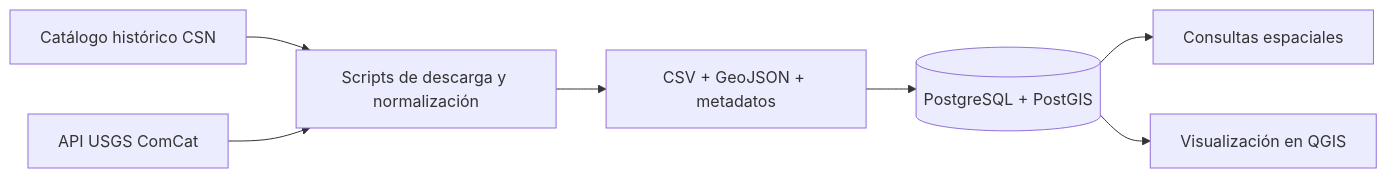
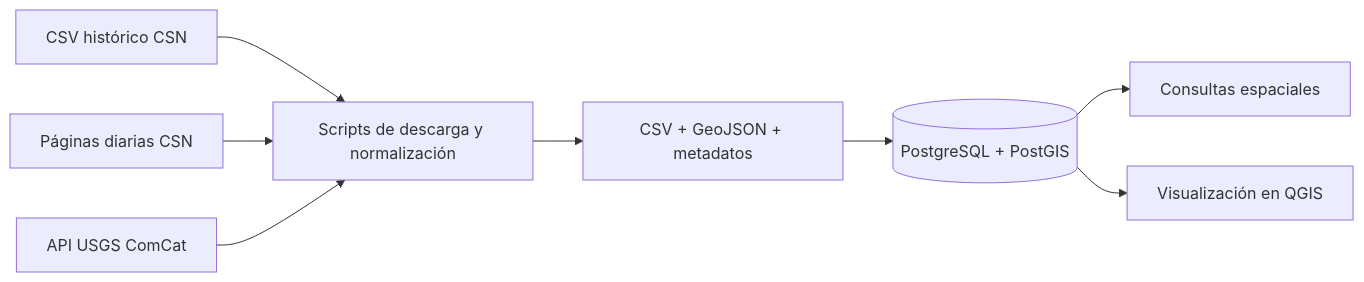
The diagram in README.md (G6B0/Proyecto_Base_de_datos_espaciales), drawn with Mermaid before and after one commit. The commit also changed other lines of this file and 4 other files, not shown here.

````diff
--- a/README.md
+++ b/README.md
@@ -16,9 +16,10 @@
 ```mermaid
 flowchart LR
-    CSN[Catálogo histórico CSN] --> PY[Scripts de descarga y normalización]
+    CSNH[CSV histórico CSN] --> PY[Scripts de descarga y normalización]
+    CSND[Páginas diarias CSN] --> PY
     USGS[API USGS ComCat] --> PY
     PY --> FILES[CSV + GeoJSON + metadatos]
     FILES --> PG[(PostgreSQL + PostGIS)]
     PG --> SQL[Consultas espaciales]
     PG --> QGIS[Visualización en QGIS]
 ```
````
